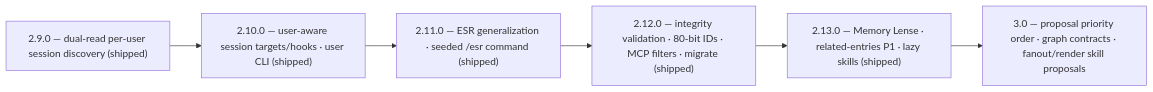
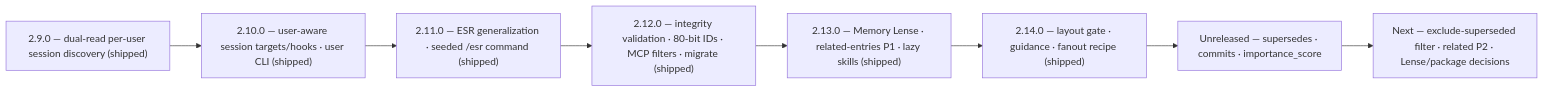
The eighth of 8 diagrams in docs/functionality-audit.md (jnl-tshi/memory-seed), drawn with Mermaid before and after one commit. The commit also changed other lines of this file and 13 other files, not shown here.

First line of the commit message:
Roadmap hygiene: move implemented plans to completed/, refresh docs

````diff
--- a/docs/functionality-audit.md
+++ b/docs/functionality-audit.md
@@ -407,10 +412,12 @@
 ```mermaid
 graph LR
   V29["2.9.0 — dual-read per-user session discovery (shipped)"]
   V210["2.10.0 — user-aware session targets/hooks · user CLI (shipped)"]
   V211["2.11.0 — ESR generalization · seeded /esr command (shipped)"]
   V212["2.12.0 — integrity validation · 80-bit IDs · MCP filters · migrate (shipped)"]
   V213["2.13.0 — Memory Lense · related-entries P1 · lazy skills (shipped)"]
-  V30["3.0 — proposal priority order · graph contracts · fanout/render skill proposals"]
-  V29 --> V210 --> V211 --> V212 --> V213 --> V30
+  V214["2.14.0 — layout gate · guidance · fanout recipe (shipped)"]
+  VNext["Unreleased — supersedes · commits · importance_score"]
+  V30["Next — exclude-superseded filter · related P2 · Lense/package decisions"]
+  V29 --> V210 --> V211 --> V212 --> V213 --> V214 --> VNext --> V30
 ```
````
